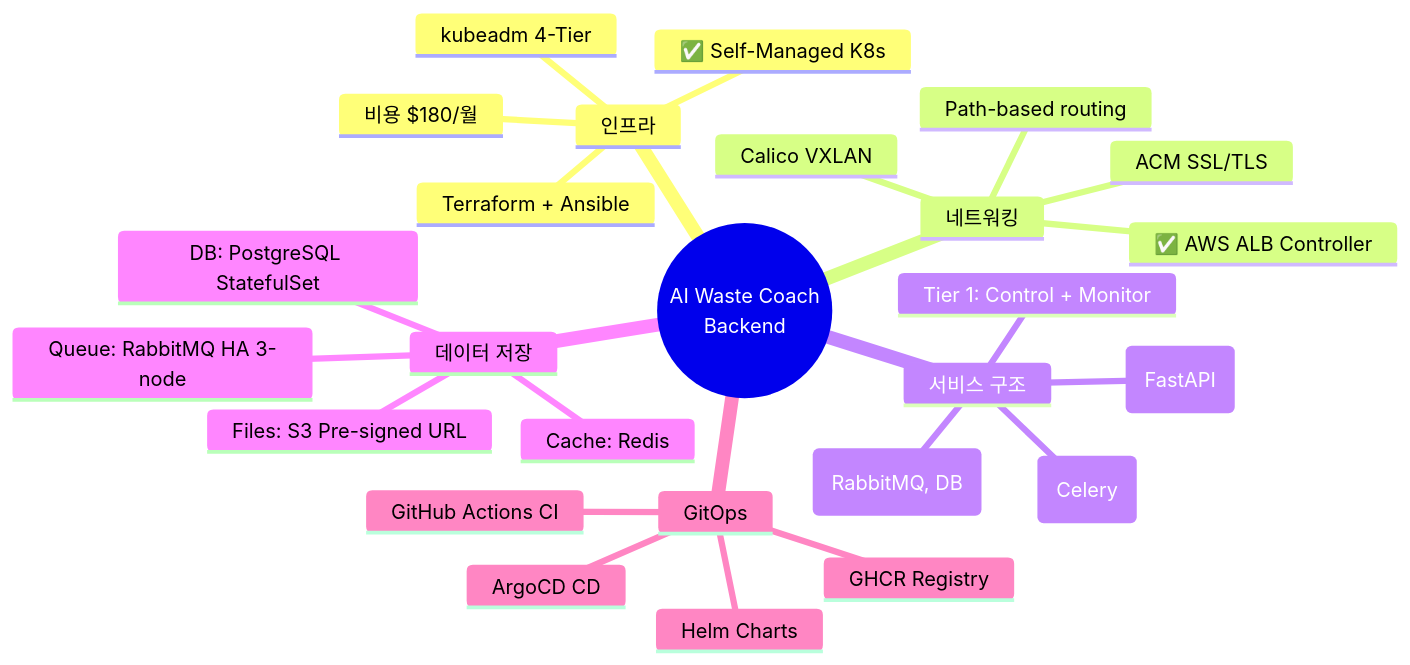
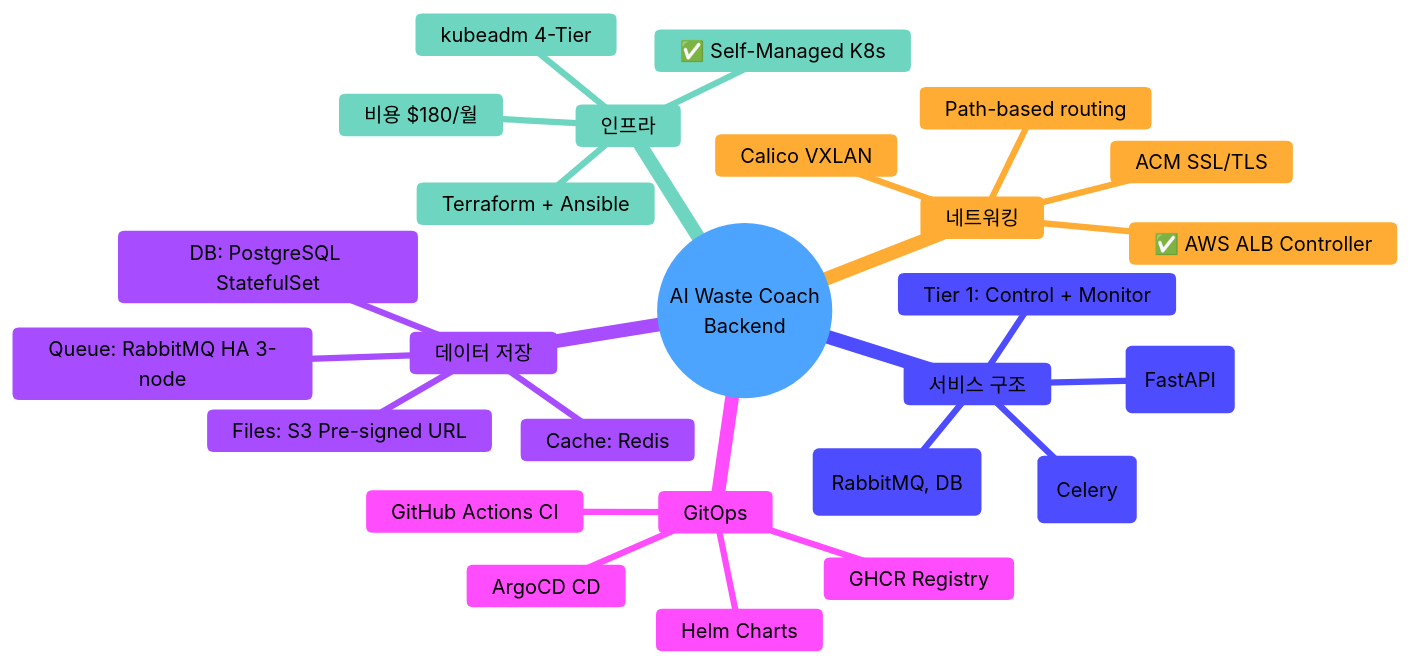
Before and after one commit to SeSACTHON/backend: the diagram in docs/architecture/decision-summary.md, drawn with Mermaid.

Commit message:
docs: Fix mindmap visibility in dark mode with custom theme
Added Mermaid theme configuration to mindmap in decision-summary.md:
- White background for nodes (mainBkg: #ffffff)
- Dark borders for contrast (nodeBorder: #333333)
- Black text for readability (primaryTextColor: #000)
- Blue accent colors (#cce5ff, #007bff)
- Secondary/tertiary colors for visual hierarchy

This ensures the mindmap is visible in both light and dark modes.

````diff
--- a/docs/architecture/decision-summary.md
+++ b/docs/architecture/decision-summary.md
@@ -9,34 +9,35 @@
 ```mermaid
+%%{init: {'theme':'base', 'themeVariables': { 'primaryColor':'#cce5ff', 'primaryTextColor':'#000', 'primaryBorderColor':'#007bff', 'lineColor':'#007bff', 'secondaryColor':'#d1f2eb', 'tertiaryColor':'#ffe0b3', 'mainBkg':'#ffffff', 'nodeBorder':'#333333'}}}%%
 mindmap
   root((AI Waste Coach
 Backend))
     인프라
       ✅ Self-Managed K8s
       kubeadm 4-Tier
       Terraform + Ansible
       비용 $180/월
     
     네트워킹
       ✅ AWS ALB Controller
       Path-based routing
       ACM SSL/TLS
       Calico VXLAN
     
     서비스 구조
       Tier 1: Control + Monitor
       Tier 2: Application (FastAPI)
       Tier 3: Async Workers (Celery)
       Tier 4: Stateful (RabbitMQ, DB)
     
     데이터 저장
       DB: PostgreSQL StatefulSet
       Cache: Redis
       Queue: RabbitMQ HA 3-node
       Files: S3 Pre-signed URL
     
     GitOps
       ArgoCD CD
       GitHub Actions CI
       Helm Charts
       GHCR Registry
 ```
````
